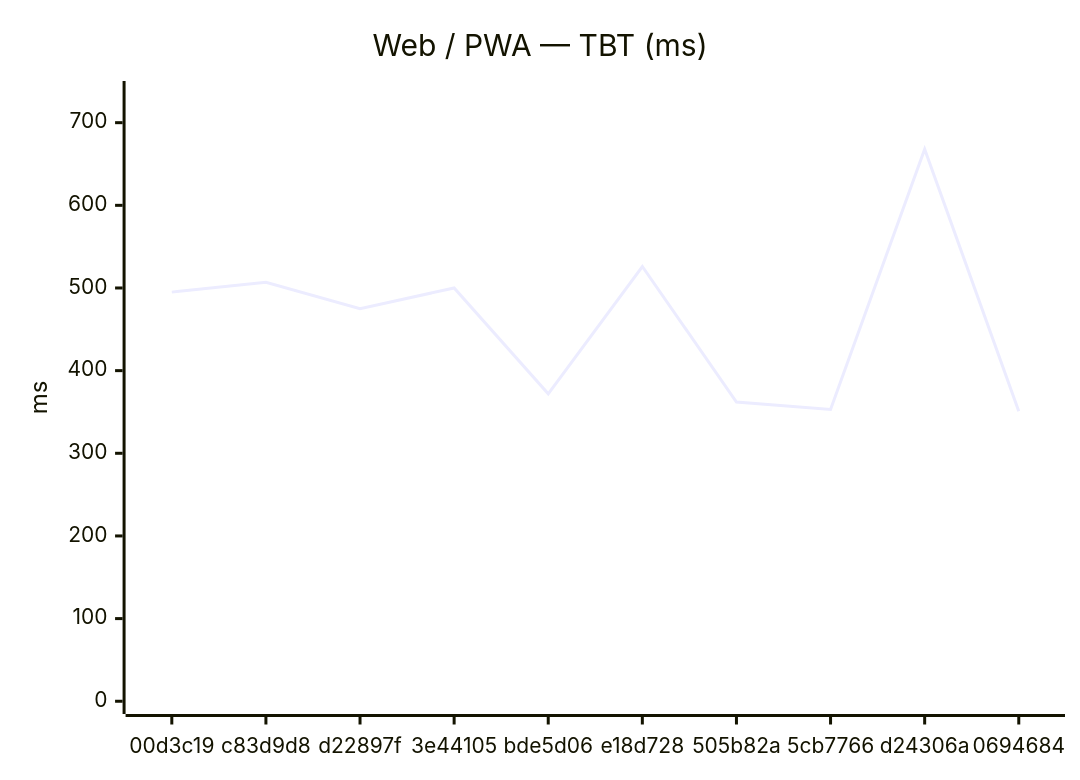
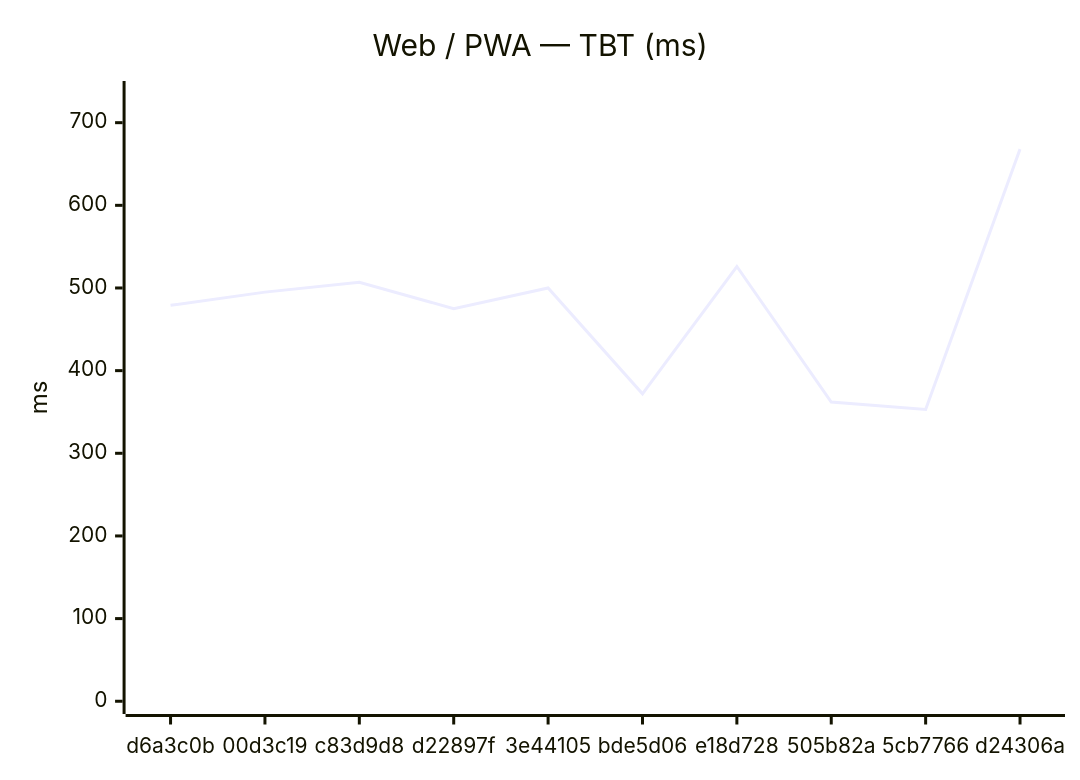
One commit to Metaheurist/Rianell changed the second of 18 diagrams in benchmarks/compare.md. Above: the diagram before and after it, drawn with Mermaid. The commit also changed other lines of this file and 11 other files, not shown here.

````diff
--- a/benchmarks/compare.md
+++ b/benchmarks/compare.md
@@ -31,7 +31,7 @@
 ```mermaid
 xychart-beta
     title "Web / PWA — TBT (ms)"
-    x-axis ["00d3c19", "c83d9d8", "d22897f", "3e44105", "bde5d06", "e18d728", "505b82a", "5cb7766", "d24306a", "0694684"]
+    x-axis ["d6a3c0b", "00d3c19", "c83d9d8", "d22897f", "3e44105", "bde5d06", "e18d728", "505b82a", "5cb7766", "d24306a"]
     y-axis "ms" 0 --> 735
-    line [495, 507, 475, 500, 372, 526, 362, 353, 668, 351]
+    line [479, 495, 507, 475, 500, 372, 526, 362, 353, 668]
 ```
````
